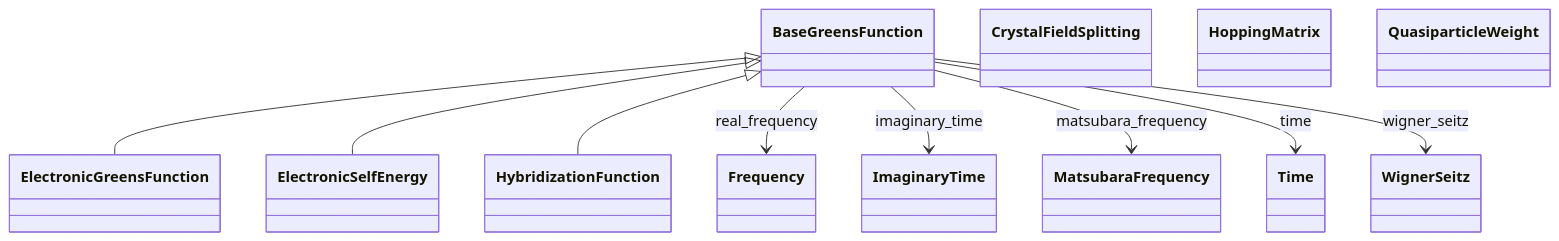
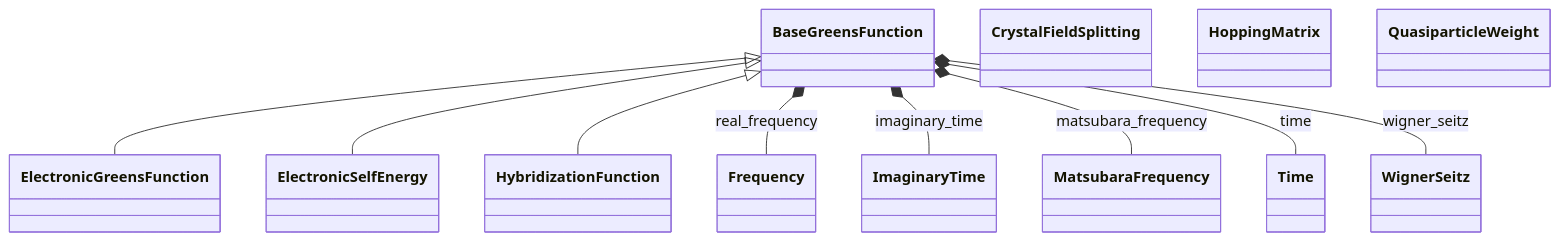
The diagram in docs/schema/manybody_properties.md (FAIRmat-NFDI/nomad-simulations), drawn with Mermaid before and after one commit. The commit also changed other lines of this file and 34 other files, not shown here.

````diff
--- a/docs/schema/manybody_properties.md
+++ b/docs/schema/manybody_properties.md
@@ -20,23 +20,23 @@
 ```mermaid
 classDiagram
     class BaseGreensFunction
     class CrystalFieldSplitting
     class ElectronicGreensFunction
     class ElectronicSelfEnergy
     class Frequency
     class HoppingMatrix
     class HybridizationFunction
     class ImaginaryTime
     class MatsubaraFrequency
     class QuasiparticleWeight
     class Time
     class WignerSeitz
     BaseGreensFunction <|-- ElectronicGreensFunction
     BaseGreensFunction <|-- ElectronicSelfEnergy
     BaseGreensFunction <|-- HybridizationFunction
-    BaseGreensFunction --> Frequency : real_frequency
-    BaseGreensFunction --> ImaginaryTime : imaginary_time
-    BaseGreensFunction --> MatsubaraFrequency : matsubara_frequency
-    BaseGreensFunction --> Time : time
-    BaseGreensFunction --> WignerSeitz : wigner_seitz
+    BaseGreensFunction *-- Frequency : real_frequency
+    BaseGreensFunction *-- ImaginaryTime : imaginary_time
+    BaseGreensFunction *-- MatsubaraFrequency : matsubara_frequency
+    BaseGreensFunction *-- Time : time
+    BaseGreensFunction *-- WignerSeitz : wigner_seitz
 ```
````
